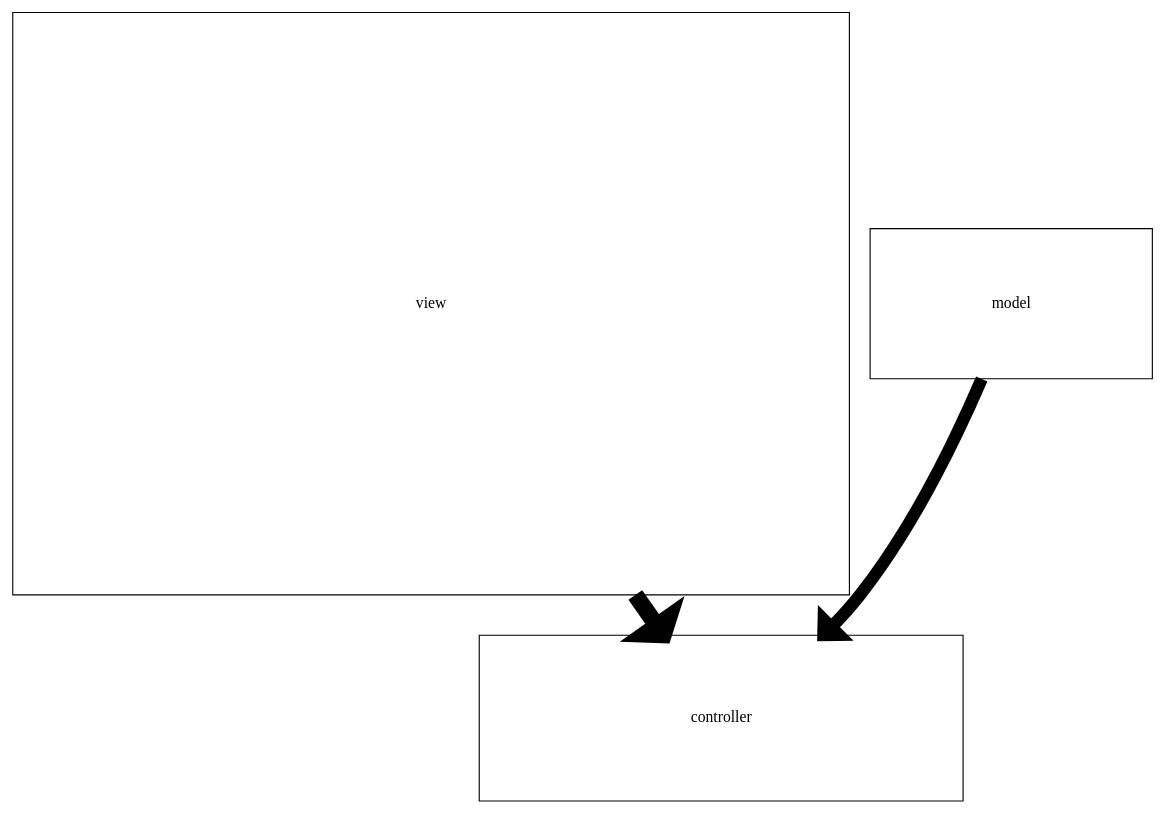
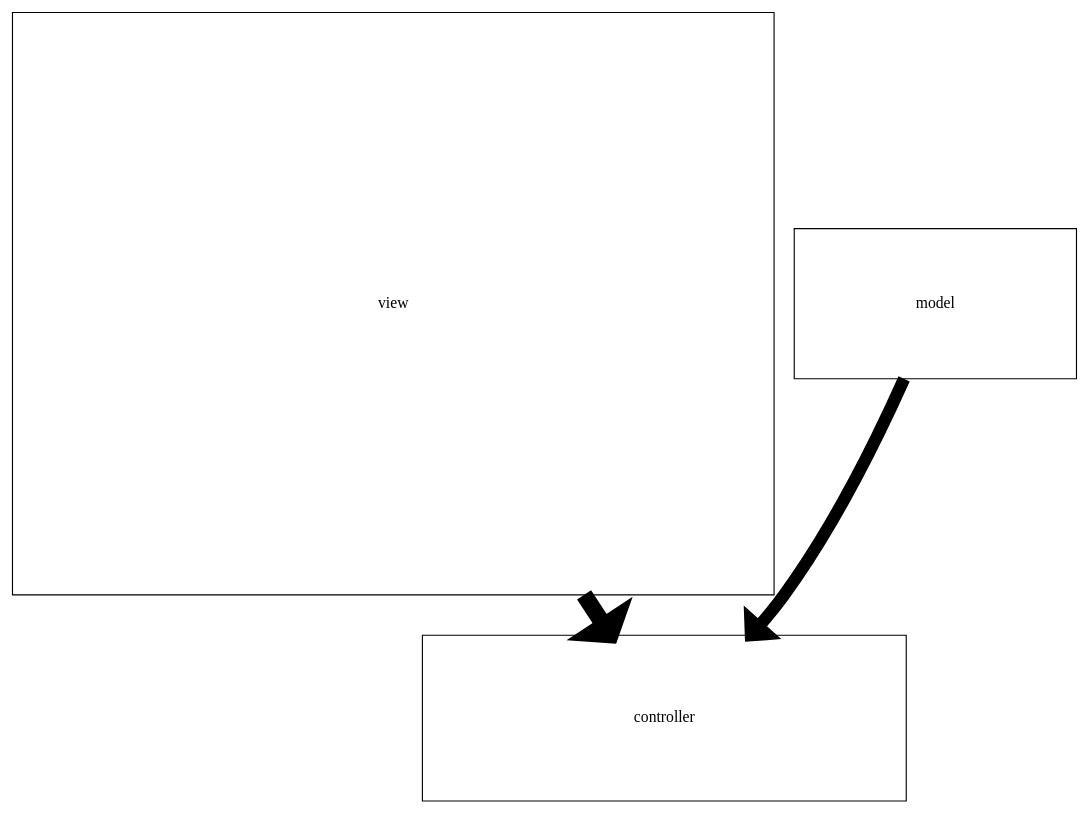
One commit to stefanrinderle/SoftViz3D changed the diagram in protected/runtime/temp.dot. Above: the diagram before and after it, drawn with Graphviz. The commit also changed 12 other files, not shown here.

```diff
--- a/protected/runtime/temp.dot
+++ b/protected/runtime/temp.dot
@@ -1,7 +1,7 @@
 digraph G {
     controller [ shape=rectangle,width=6,height=2.05555555556,fixedsize=true,type="node" ];
-    view [ shape=rectangle,width=10.375,height=7.22222222222,fixedsize=true,type="node" ];
+    view [ shape=rectangle,width=9.44444444444,height=7.22222222222,fixedsize=true,type="node" ];
     model [ shape=rectangle,width=3.5,height=1.86111111111,fixedsize=true,type="node" ];
     view -> controller [ style="setlinewidth(15)",weight="setlinewidth(0.15)" ];
     model -> controller [ style="setlinewidth(11)",weight="setlinewidth(0.11)" ];
 }
```
